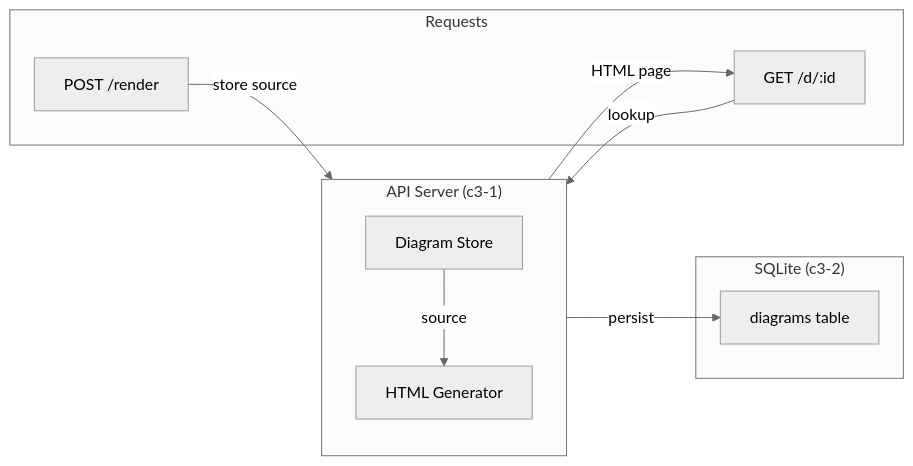
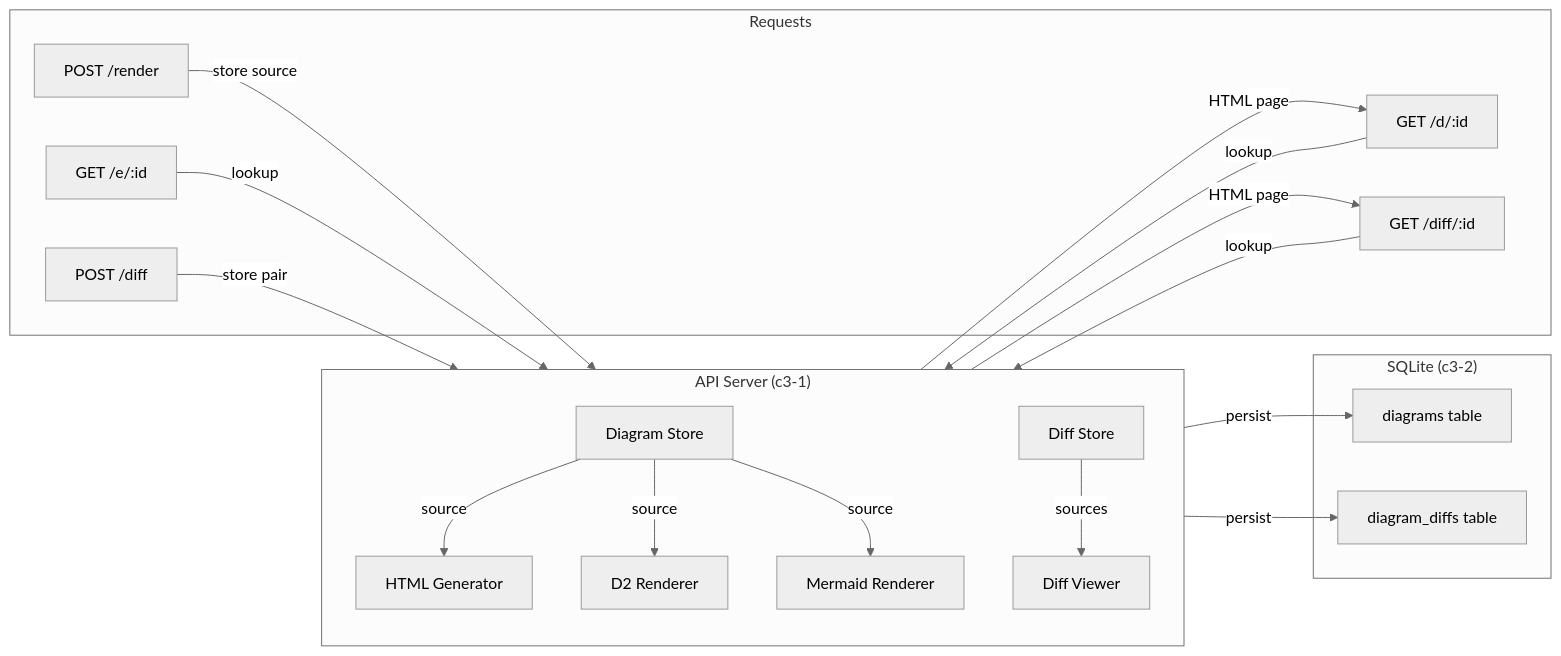
The second of 2 diagrams in .c3/README.md (lagz0ne/diashort), drawn with Mermaid (neutral theme) before and after one commit. The commit also changed other lines of this file and 31 other files, not shown here.

````diff
--- a/.c3/README.md
+++ b/.c3/README.md
@@ -69,23 +82,43 @@
 ```mermaid
 flowchart LR
     subgraph Requests
         R1["POST /render"]
         R2["GET /d/:id"]
+        R3["GET /e/:id"]
+        R4["POST /diff"]
+        R5["GET /diff/:id"]
     end
 
     subgraph API["API Server (c3-1)"]
         direction TB
         DiagramStore["Diagram Store"]
+        DiffStore["Diff Store"]
         HTMLGen["HTML Generator"]
+        DiffViewer["Diff Viewer"]
+        D2Renderer["D2 Renderer"]
+        MermaidRenderer["Mermaid Renderer"]
     end
 
     subgraph Storage["SQLite (c3-2)"]
         Diagrams["diagrams table"]
+        Diffs["diagram_diffs table"]
     end
 
     R1 -->|"store source"| DiagramStore
     DiagramStore -->|"persist"| Diagrams
+
     R2 -->|"lookup"| DiagramStore
     DiagramStore -->|"source"| HTMLGen
     HTMLGen -->|"HTML page"| R2
+
+    R3 -->|"lookup"| DiagramStore
+    DiagramStore -->|"source"| D2Renderer
+    DiagramStore -->|"source"| MermaidRenderer
+
+    R4 -->|"store pair"| DiffStore
+    DiffStore -->|"persist"| Diffs
+
+    R5 -->|"lookup"| DiffStore
+    DiffStore -->|"sources"| DiffViewer
+    DiffViewer -->|"HTML page"| R5
 ```
````
